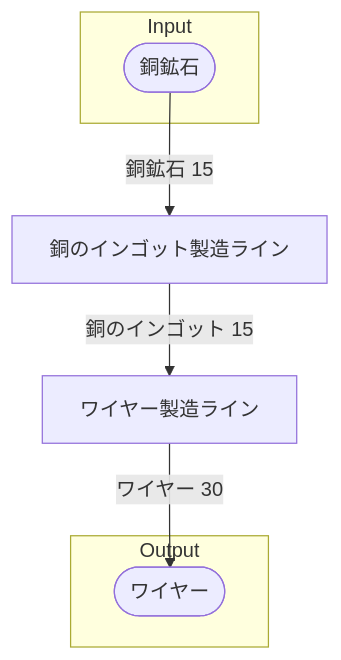
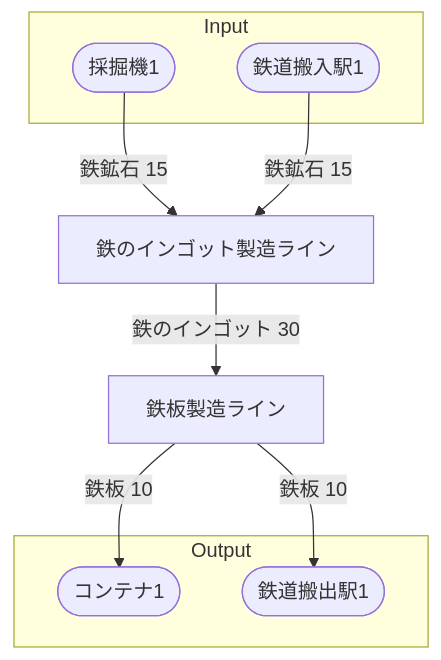
One commit to Suzuran-Amano/SatisfactoryTaskEfficiency changed the diagram in 40_FactoryBuilding/初期一時ワイヤー工場/30‗全体製造ライン設計書/全体製造ライン設計書.md. Above: the diagram before and after it, drawn with Mermaid. The commit also changed other lines of this file and 5 other files, not shown here.

````diff
--- a/40_FactoryBuilding/初期一時ワイヤー工場/30‗全体製造ライン設計書/全体製造ライン設計書.md
+++ b/40_FactoryBuilding/初期一時ワイヤー工場/30‗全体製造ライン設計書/全体製造ライン設計書.md
@@ -24,21 +24,25 @@
 ```mermaid
 flowchart TD
 
 subgraph Input
-    銅鉱石([銅鉱石])
+    採掘機1([採掘機1])
+    鉄道搬入駅1([鉄道搬入駅1])
 end
 
-銅のインゴット製造ライン[銅のインゴット製造ライン]
-ワイヤー製造ライン[ワイヤー製造ライン]
+鉄のインゴット製造ライン[鉄のインゴット製造ライン]
+鉄板製造ライン[鉄板製造ライン]
 
 subgraph Output
-    ワイヤー([ワイヤー])
+    コンテナ1([コンテナ1])
+    鉄道搬出駅1([鉄道搬出駅1])
 end
 
 
-銅鉱石-->|銅鉱石 15|銅のインゴット製造ライン
-銅のインゴット製造ライン-->|銅のインゴット 15|ワイヤー製造ライン
-ワイヤー製造ライン-->|ワイヤー 30|ワイヤー
+採掘機1-->|鉄鉱石 15|鉄のインゴット製造ライン
+鉄道搬入駅1-->|鉄鉱石 15|鉄のインゴット製造ライン
+鉄のインゴット製造ライン-->|鉄のインゴット 30|鉄板製造ライン
+鉄板製造ライン-->|鉄板 10|コンテナ1
+鉄板製造ライン-->|鉄板 10|鉄道搬出駅1
 
 
 ```
````
